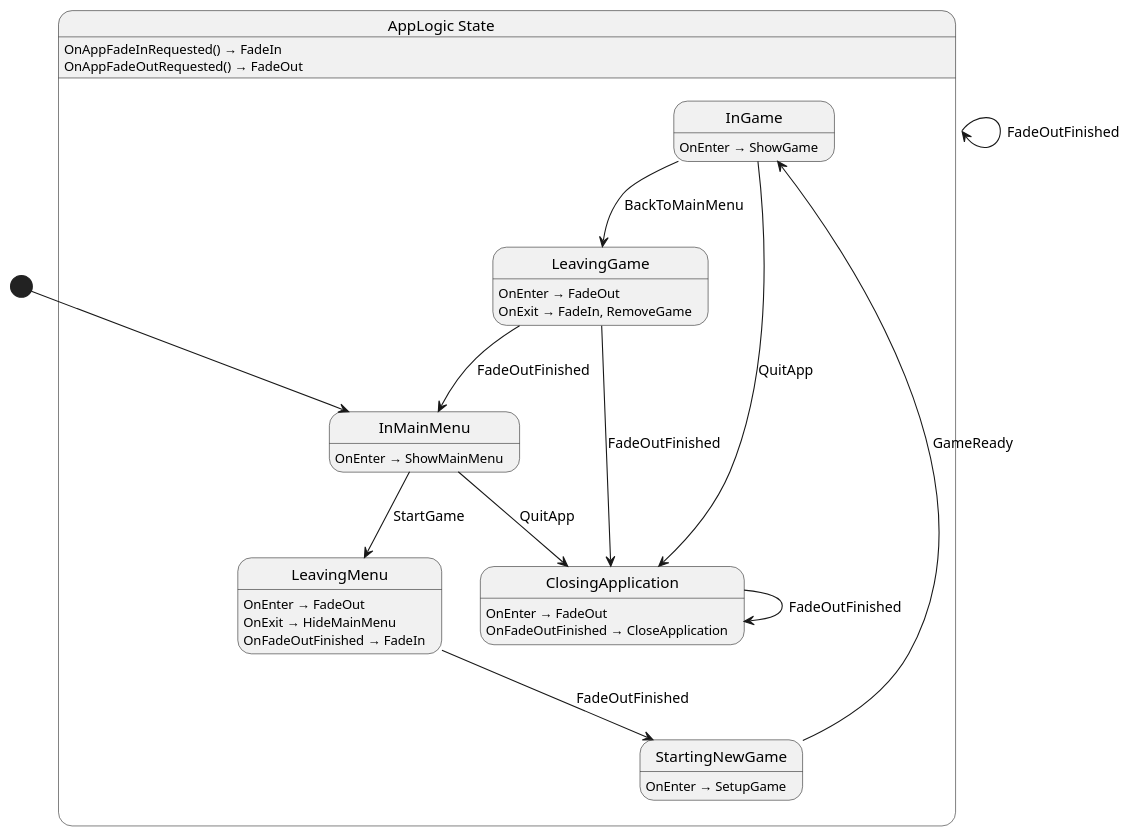
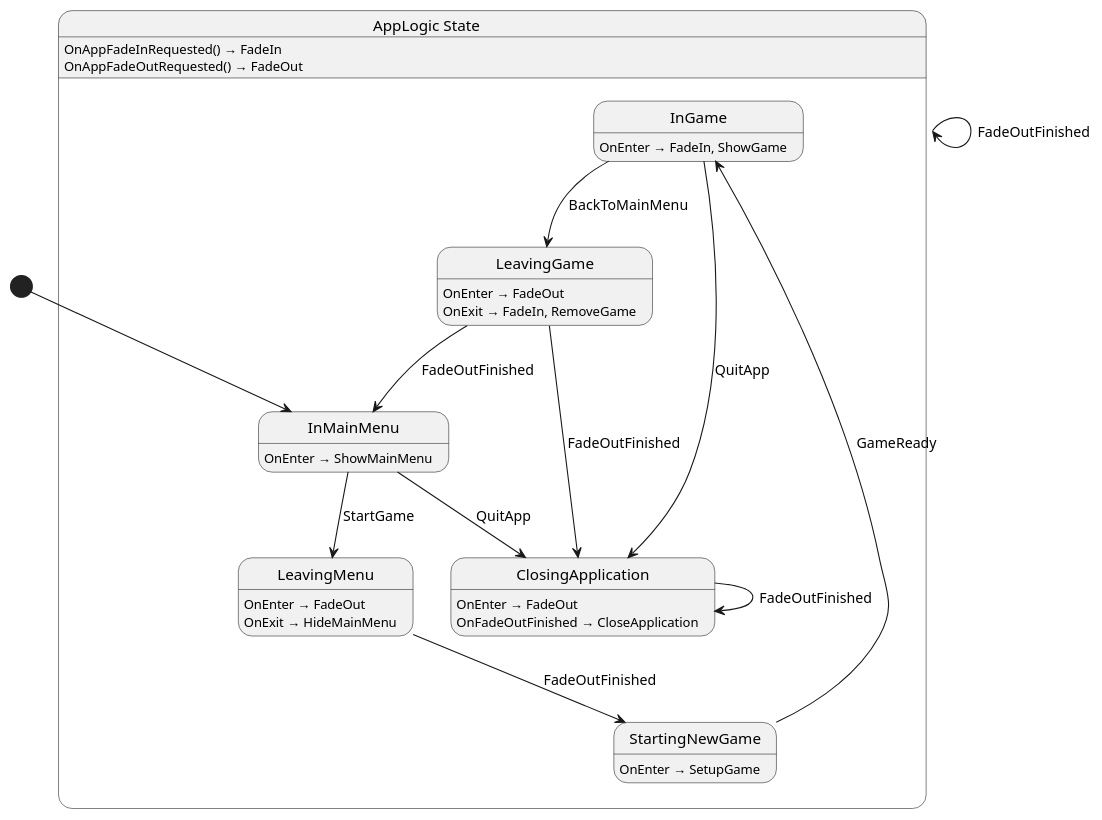
One commit to nilsiker/godot-wild-jam-77 changed the diagram in src/app/state/AppLogic.g.puml. Above: the diagram before and after it, drawn with PlantUML. The commit also changed 32 other files, not shown here.

Commit message:
wip: game over screen, return to main menu, fix enemy check bug when multiple enemies are killed

```diff
--- a/src/app/state/AppLogic.g.puml
+++ b/src/app/state/AppLogic.g.puml
@@ -1,36 +1,35 @@
 @startuml AppLogic
 state "AppLogic State" as Nevergreen_AppLogic_State {
   state "ClosingApplication" as Nevergreen_AppLogic_State_ClosingApplication
   state "InGame" as Nevergreen_AppLogic_State_InGame
   state "InMainMenu" as Nevergreen_AppLogic_State_InMainMenu
   state "LeavingGame" as Nevergreen_AppLogic_State_LeavingGame
   state "LeavingMenu" as Nevergreen_AppLogic_State_LeavingMenu
   state "StartingNewGame" as Nevergreen_AppLogic_State_StartingNewGame
 }
 
 Nevergreen_AppLogic_State --> Nevergreen_AppLogic_State : FadeOutFinished
 Nevergreen_AppLogic_State_ClosingApplication --> Nevergreen_AppLogic_State_ClosingApplication : FadeOutFinished
 Nevergreen_AppLogic_State_InGame --> Nevergreen_AppLogic_State_ClosingApplication : QuitApp
 Nevergreen_AppLogic_State_InGame --> Nevergreen_AppLogic_State_LeavingGame : BackToMainMenu
 Nevergreen_AppLogic_State_InMainMenu --> Nevergreen_AppLogic_State_ClosingApplication : QuitApp
 Nevergreen_AppLogic_State_InMainMenu --> Nevergreen_AppLogic_State_LeavingMenu : StartGame
 Nevergreen_AppLogic_State_LeavingGame --> Nevergreen_AppLogic_State_ClosingApplication : FadeOutFinished
 Nevergreen_AppLogic_State_LeavingGame --> Nevergreen_AppLogic_State_InMainMenu : FadeOutFinished
 Nevergreen_AppLogic_State_LeavingMenu --> Nevergreen_AppLogic_State_StartingNewGame : FadeOutFinished
 Nevergreen_AppLogic_State_StartingNewGame --> Nevergreen_AppLogic_State_InGame : GameReady
 
 Nevergreen_AppLogic_State : OnAppFadeInRequested() → FadeIn
 Nevergreen_AppLogic_State : OnAppFadeOutRequested() → FadeOut
 Nevergreen_AppLogic_State_ClosingApplication : OnEnter → FadeOut
 Nevergreen_AppLogic_State_ClosingApplication : OnFadeOutFinished → CloseApplication
-Nevergreen_AppLogic_State_InGame : OnEnter → ShowGame
+Nevergreen_AppLogic_State_InGame : OnEnter → FadeIn, ShowGame
 Nevergreen_AppLogic_State_InMainMenu : OnEnter → ShowMainMenu
 Nevergreen_AppLogic_State_LeavingGame : OnEnter → FadeOut
 Nevergreen_AppLogic_State_LeavingGame : OnExit → FadeIn, RemoveGame
 Nevergreen_AppLogic_State_LeavingMenu : OnEnter → FadeOut
 Nevergreen_AppLogic_State_LeavingMenu : OnExit → HideMainMenu
-Nevergreen_AppLogic_State_LeavingMenu : OnFadeOutFinished → FadeIn
 Nevergreen_AppLogic_State_StartingNewGame : OnEnter → SetupGame
 
 [*] --> Nevergreen_AppLogic_State_InMainMenu
 @enduml
```
